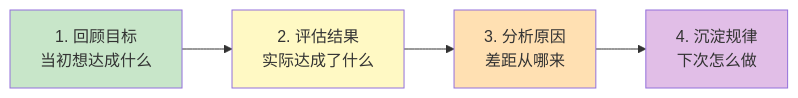
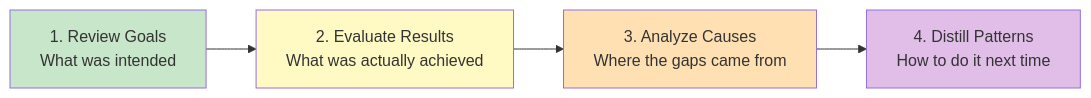
One commit to Kirky-X/cangjie changed the first of 3 diagrams in templates/产品/退役层/【模板】复盘报告.md. Above: the diagram before and after it, drawn with Mermaid. The commit also changed other lines of this file and 12 other files, not shown here.

````diff
--- a/templates/产品/退役层/【模板】复盘报告.md
+++ b/templates/产品/退役层/【模板】复盘报告.md
@@ -35,10 +35,10 @@
 ```mermaid
 flowchart LR
-    A[1. 回顾目标<br/>当初想达成什么] --> B[2. 评估结果<br/>实际达成了什么]
-    B --> C[3. 分析原因<br/>差距从哪来]
-    C --> D[4. 沉淀规律<br/>下次怎么做]
+    A[1. Review Goals<br/>What was intended] --> B[2. Evaluate Results<br/>What was actually achieved]
+    B --> C[3. Analyze Causes<br/>Where the gaps came from]
+    C --> D[4. Distill Patterns<br/>How to do it next time]
     style A fill:#c8e6c9
     style B fill:#fff9c4
     style C fill:#ffe0b2
     style D fill:#e1bee7
 ```
````
